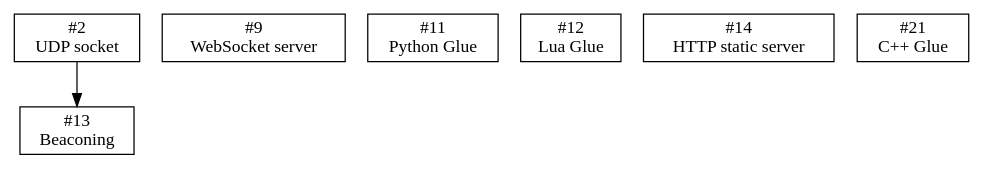
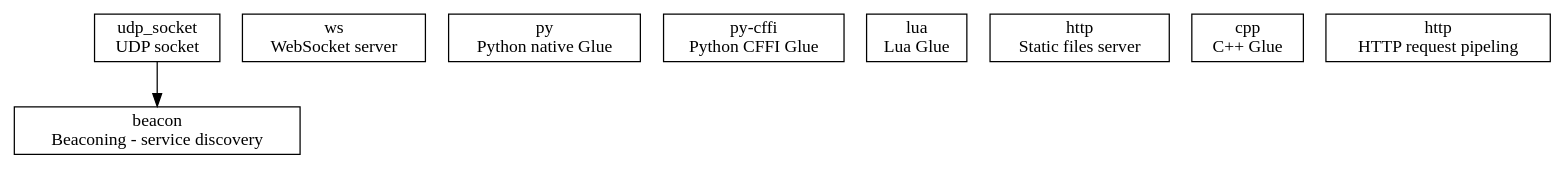
The diagram in doc/future.dot (isn-/dfk), drawn with Graphviz before and after one commit. The commit also changed 1 other file, not shown here.

Commit message:
doc: Update roadmap

```diff
--- a/doc/future.dot
+++ b/doc/future.dot
@@ -1,20 +1,23 @@
 digraph "DFK Library Roadmap - Future" {
   node [shape=box];
   ratio="compress";
 
-  udp_socket [label="#2\nUDP socket"];
+  udp_socket [label="udp_socket\nUDP socket"];
 
-  beacon [label="#13\nBeaconing"];
+  beacon [label="beacon\nBeaconing - service discovery"];
     udp_socket -> beacon;
 
-  ws [label="#9\nWebSocket server"];
+  ws [label="ws\nWebSocket server"];
 
-  python [label="#11\nPython Glue"];
+  python [label="py\nPython native Glue"];
+  pythonffi [label="py-cffi\nPython CFFI Glue"];
 
-  lua [label="#12\nLua Glue"];
+  lua [label="lua\nLua Glue"];
 
-  static [label="#14\nHTTP static server"];
+  static [label="http\nStatic files server"];
 
-  cpp [label="#21\nC++ Glue"];
+  cpp [label="cpp\nC++ Glue"];
+
+  pipeling [label="http\nHTTP request pipeling"];
 
 }
```
